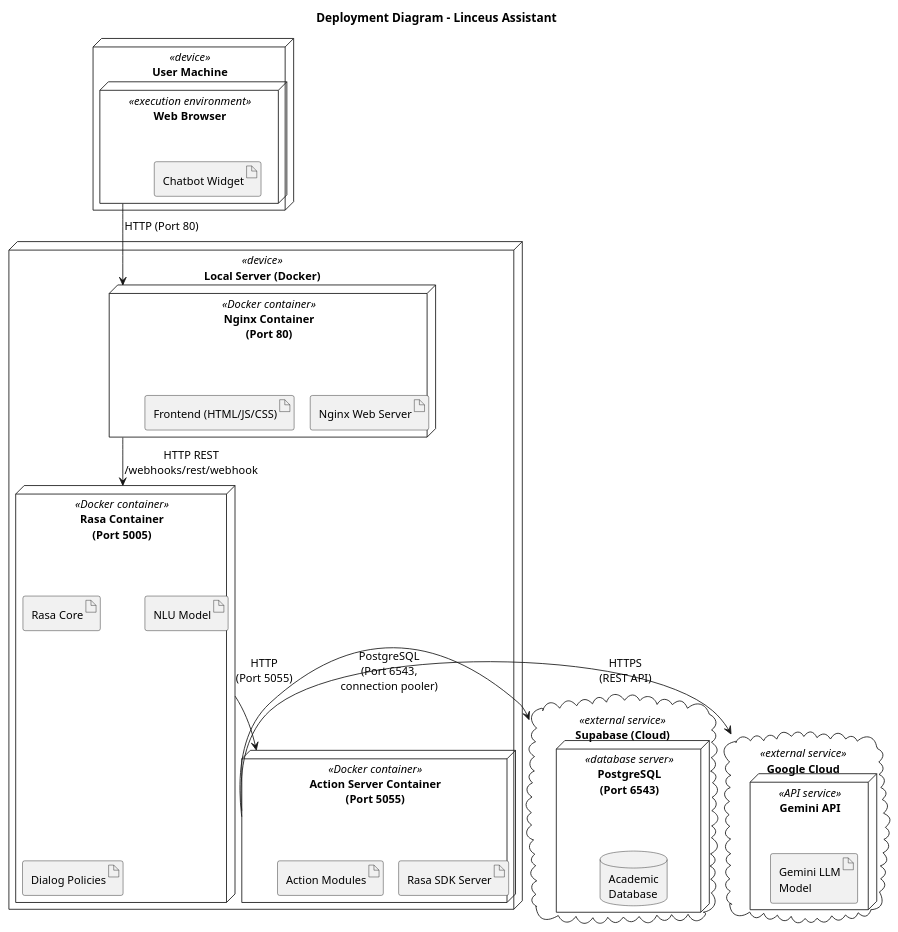
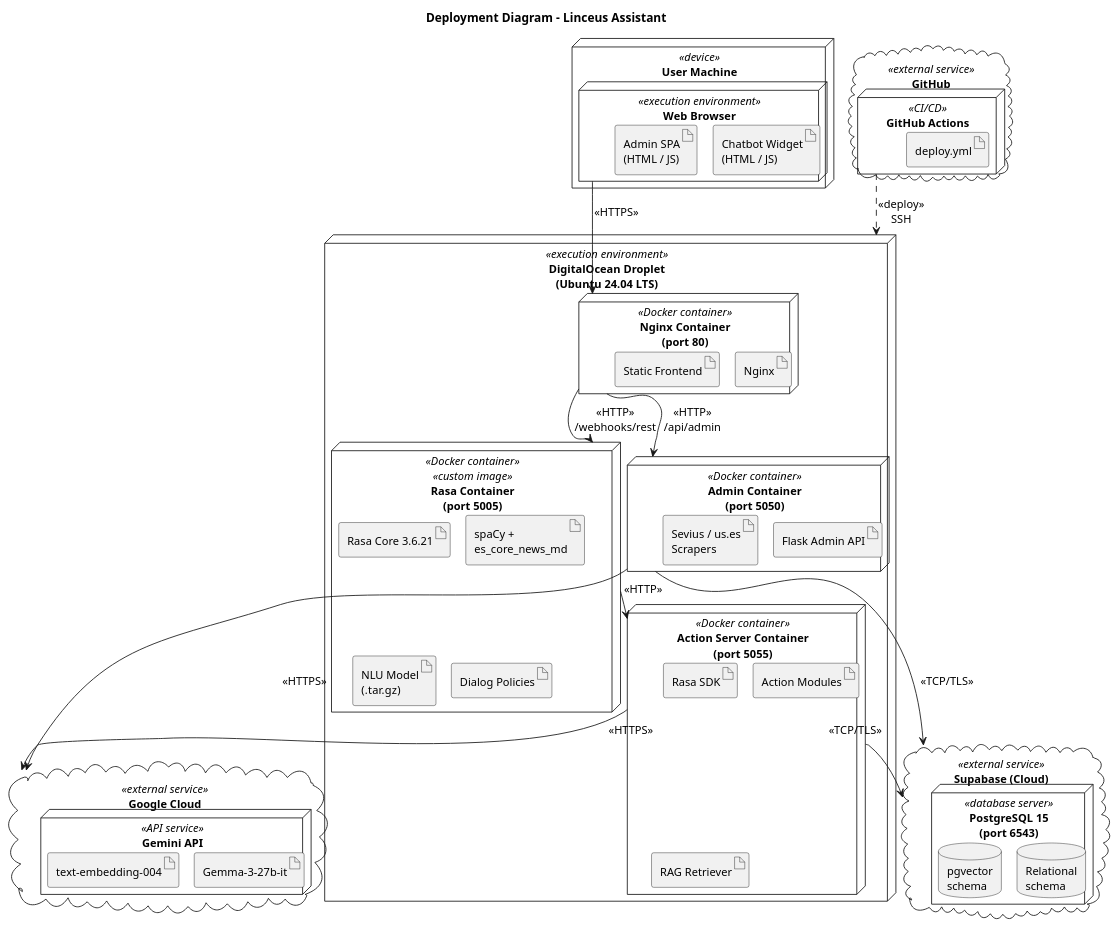
The diagram in memoria_tfg/Plantilla TfG/img/diagrama_despliegue.puml (santiabregu/linceus-assistant), drawn with PlantUML before and after one commit. The commit also changed 17 other files, not shown here.

Commit message:
docs: diagrams done

```diff
--- a/memoria_tfg/Plantilla TfG/img/diagrama_despliegue.puml
+++ b/memoria_tfg/Plantilla TfG/img/diagrama_despliegue.puml
@@ -1,53 +1,79 @@
 @startuml Diagrama de Despliegue
 !pragma layout smetana
 skinparam defaultFontSize 13
 skinparam shadowing false
 skinparam nodeStyle rectangle
 
 title Deployment Diagram - Linceus Assistant
 
+' ─── Cliente ─────────────────────────────────────────────────────────────────
 node "User Machine" as client <<device>> {
   node "Web Browser" as browser <<execution environment>> {
-    artifact "Chatbot Widget" as chatwidget
+    artifact "Chatbot Widget\n(HTML / JS)" as chatwidget
+    artifact "Admin SPA\n(HTML / JS)" as adminspa
   }
 }
 
-node "Local Server (Docker)" as server <<device>> {
-  node "Nginx Container\n(Port 80)" as nginx_container <<Docker container>> {
-    artifact "Nginx Web Server" as nginx_art
-    artifact "Frontend (HTML/JS/CSS)" as frontend_art
+' ─── Servidor de producción ──────────────────────────────────────────────────
+node "DigitalOcean Droplet\n(Ubuntu 24.04 LTS)" as droplet <<execution environment>> {
+
+  node "Nginx Container\n(port 80)" as nginx_container <<Docker container>> {
+    artifact "Nginx" as nginx_art
+    artifact "Static Frontend" as frontend_art
   }
 
-  node "Rasa Container\n(Port 5005)" as rasa_container <<Docker container>> {
-    artifact "Rasa Core" as rasa_art
-    artifact "NLU Model" as nlu_model
+  node "Rasa Container\n(port 5005)" as rasa_container <<Docker container>> <<custom image>> {
+    artifact "Rasa Core 3.6.21" as rasa_art
+    artifact "spaCy +\nes_core_news_md" as spacy_art
+    artifact "NLU Model\n(.tar.gz)" as nlu_model
     artifact "Dialog Policies" as policies
   }
 
-  node "Action Server Container\n(Port 5055)" as action_container <<Docker container>> {
-    artifact "Rasa SDK Server" as sdk_art
+  node "Action Server Container\n(port 5055)" as action_container <<Docker container>> {
+    artifact "Rasa SDK" as sdk_art
     artifact "Action Modules" as action_modules
+    artifact "RAG Retriever" as rag_art
+  }
+
+  node "Admin Container\n(port 5050)" as admin_container <<Docker container>> {
+    artifact "Flask Admin API" as admin_art
+    artifact "Sevius / us.es\nScrapers" as scrapers_art
   }
 }
 
+' ─── Servicios externos ──────────────────────────────────────────────────────
 cloud "Supabase (Cloud)" as supabase <<external service>> {
-  node "PostgreSQL\n(Port 6543)" as pg <<database server>> {
-    database "Academic\nDatabase" as db
+  node "PostgreSQL 15\n(port 6543)" as pg <<database server>> {
+    database "Relational\nschema" as db_rel
+    database "pgvector\nschema" as db_vec
   }
 }
 
 cloud "Google Cloud" as gcloud <<external service>> {
   node "Gemini API" as gemini <<API service>> {
-    artifact "Gemini LLM\nModel" as gemini_model
+    artifact "Gemma-3-27b-it" as gemini_llm
+    artifact "text-embedding-004" as gemini_emb
   }
 }
 
-' Communications
-browser -down-> nginx_container : "HTTP (Port 80)"
-nginx_container -down-> rasa_container : "HTTP REST\n/webhooks/rest/webhook"
-rasa_container -down-> action_container : "HTTP\n(Port 5055)"
-action_container -right-> supabase : "PostgreSQL\n(Port 6543,\nconnection pooler)"
-action_container -right-> gcloud : "HTTPS\n(REST API)"
+' ─── Pipeline CI/CD ──────────────────────────────────────────────────────────
+cloud "GitHub" as github <<external service>> {
+  node "GitHub Actions" as gha <<CI/CD>> {
+    artifact "deploy.yml" as deploy_wf
+  }
+}
 
+' ─── Comunicaciones runtime ──────────────────────────────────────────────────
+browser --> nginx_container : <<HTTPS>>
+nginx_container --> rasa_container : <<HTTP>>\n/webhooks/rest
+nginx_container --> admin_container : <<HTTP>>\n/api/admin
+rasa_container --> action_container : <<HTTP>>
+action_container --> supabase : <<TCP/TLS>>
+action_container --> gcloud : <<HTTPS>>
+admin_container --> supabase : <<TCP/TLS>>
+admin_container --> gcloud : <<HTTPS>>
+
+' ─── Pipeline de despliegue ──────────────────────────────────────────────────
+gha ..> droplet : <<deploy>>\nSSH
 
 @enduml
```
